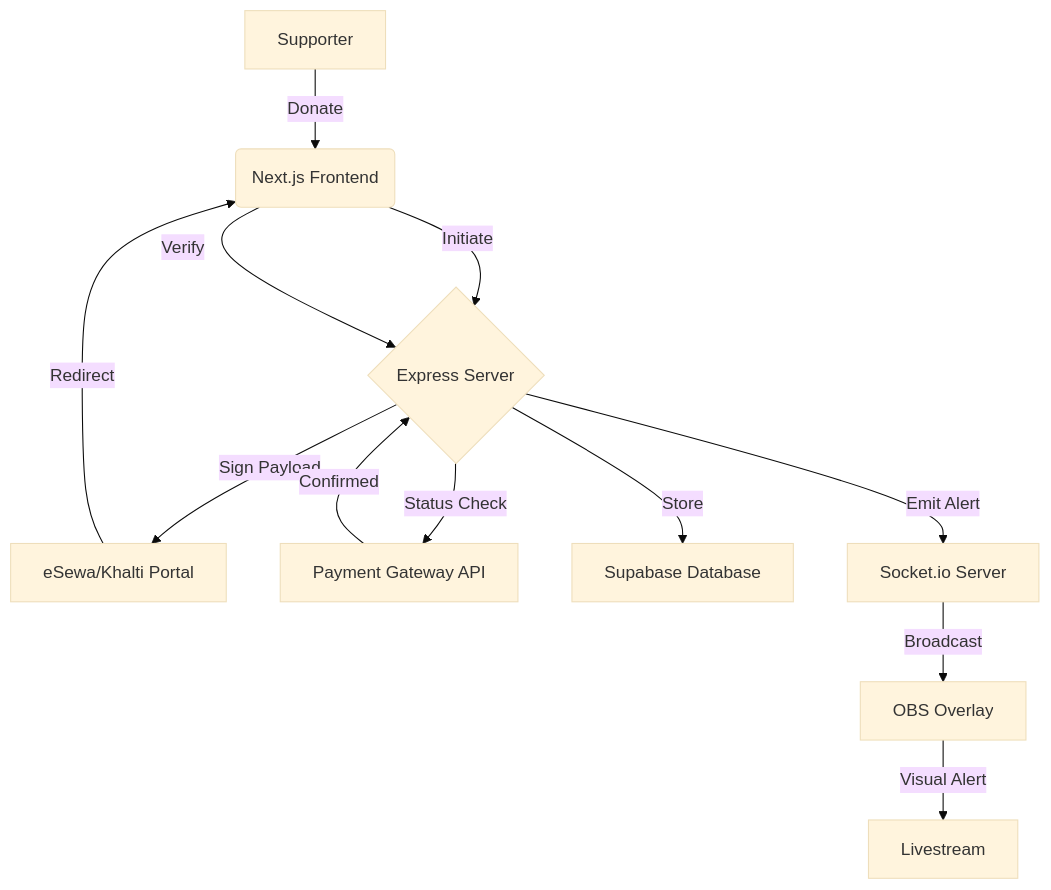
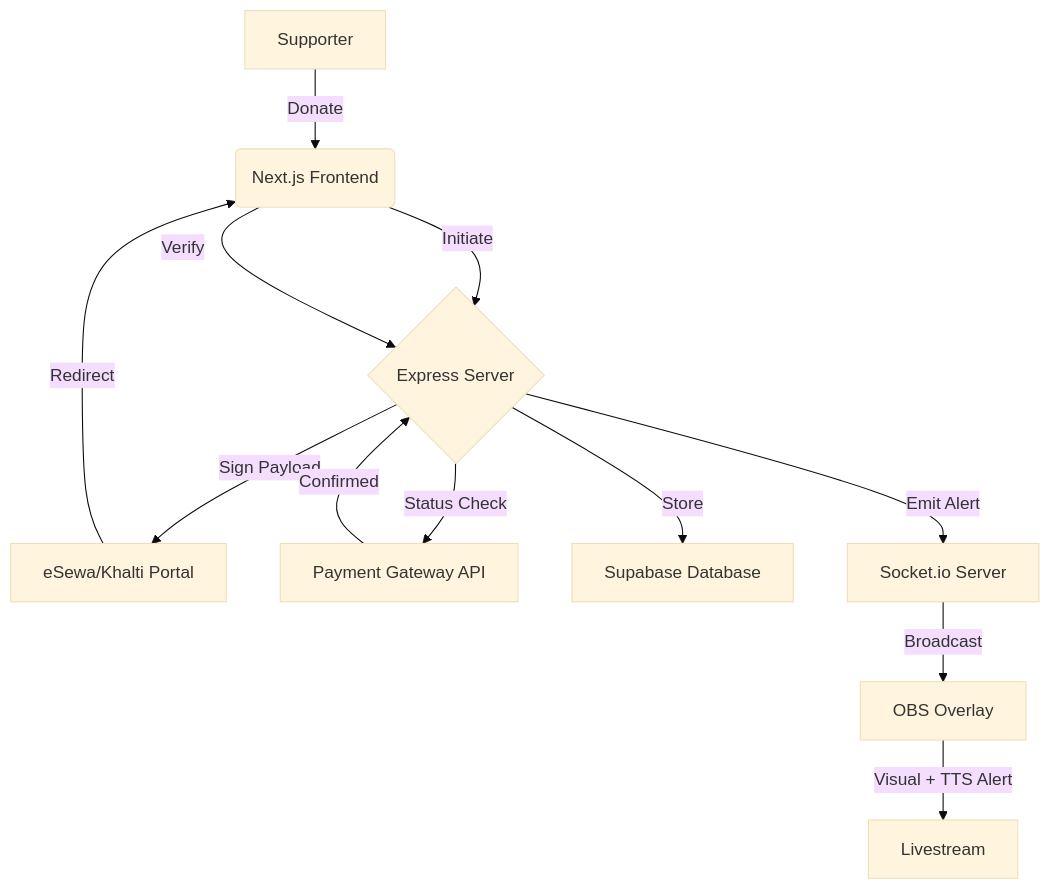
The diagram in README.md (shubhamgyawali7/Superchat-Nepal), drawn with Mermaid (base theme) before and after one commit. The commit also changed other lines of this file, not shown here.

Commit message:
docs: update README for overlay customization, Next.js 16, and current architecture

````diff
--- a/README.md
+++ b/README.md
@@ -46,14 +50,14 @@
 ```mermaid
 graph TD
     A[Supporter] -->|Donate| B(Next.js Frontend)
     B -->|Initiate| C{Express Server}
     C -->|Sign Payload| D[eSewa/Khalti Portal]
     D -->|Redirect| B
     B -->|Verify| C
     C -->|Status Check| E[Payment Gateway API]
     E -->|Confirmed| C
     C -->|Store| F[Supabase Database]
     C -->|Emit Alert| G[Socket.io Server]
     G -->|Broadcast| H[OBS Overlay]
-    H -->|Visual Alert| I[Livestream]
+    H -->|Visual + TTS Alert| I[Livestream]
 ```
````
